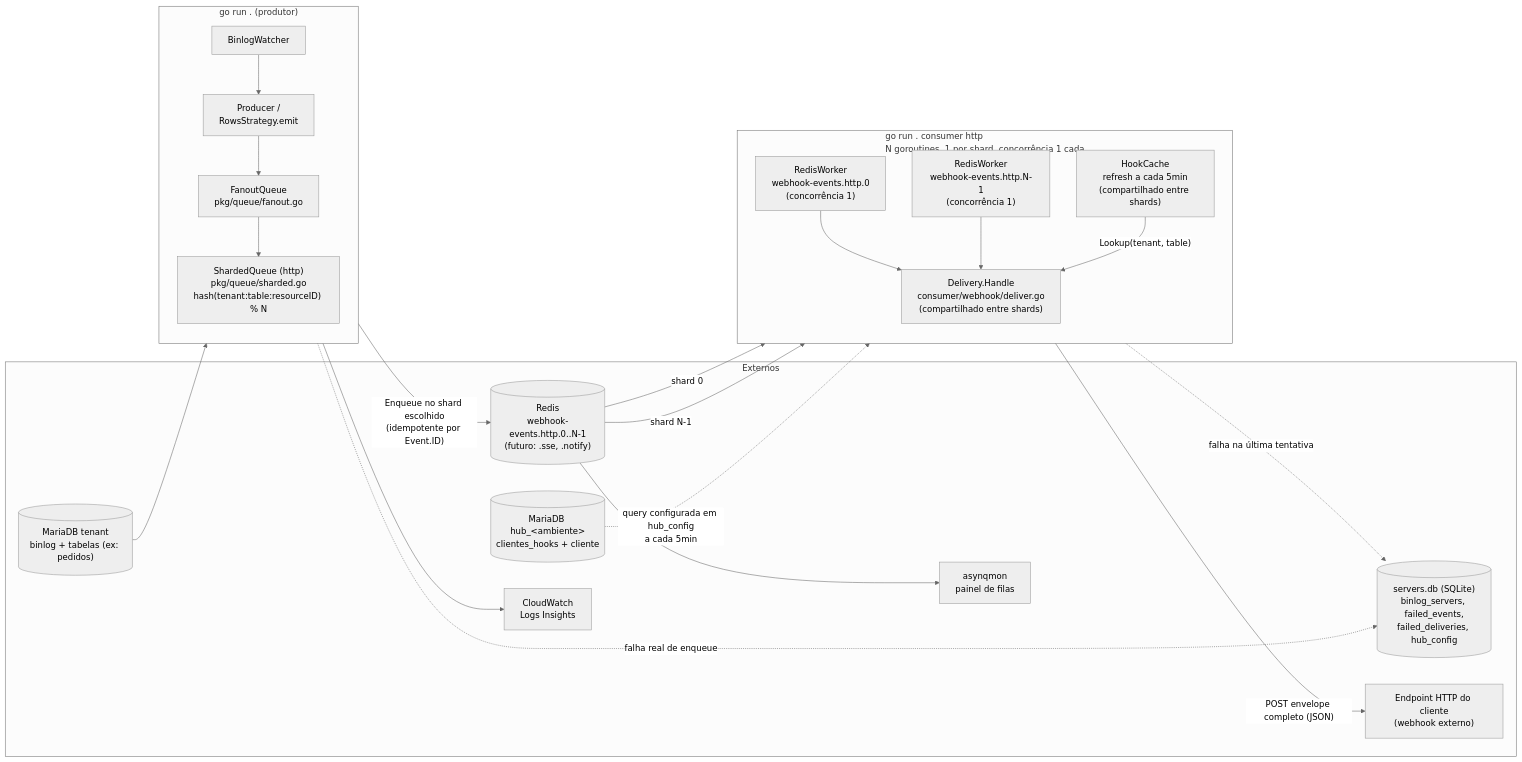
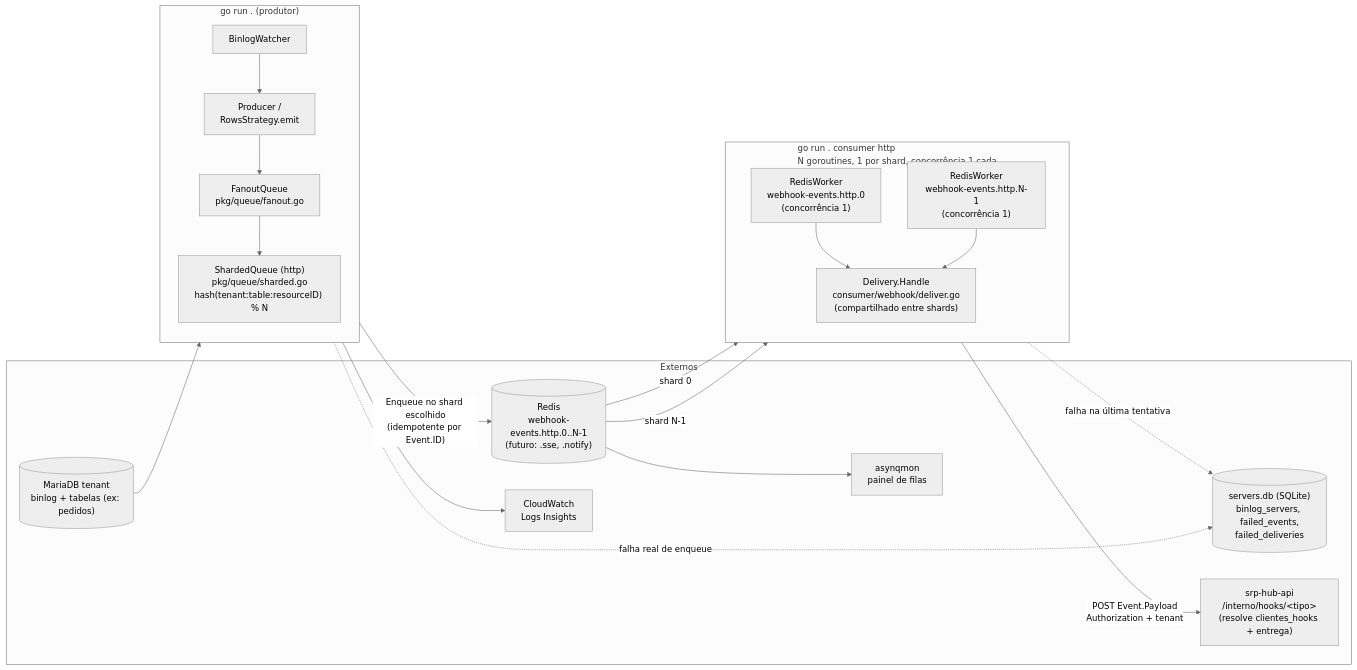
One commit to AlisonSimiao/webhook-watcher changed the diagram in README.md. Above: the diagram before and after it, drawn with Mermaid (neutral theme). The commit also changed other lines of this file and 13 other files, not shown here.

First line of the commit message:
Refactor webhook consumer and remove hub command

````diff
--- a/README.md
+++ b/README.md
@@ -66,40 +66,36 @@
 ```mermaid
 flowchart LR
     subgraph Ext["Externos"]
         MDB[("MariaDB tenant<br/>binlog + tabelas (ex: pedidos)")]
-        SQLITE[("servers.db (SQLite)<br/>binlog_servers, failed_events,<br/>failed_deliveries, hub_config")]
+        SQLITE[("servers.db (SQLite)<br/>binlog_servers, failed_events,<br/>failed_deliveries")]
         REDIS[("Redis<br/>webhook-events.http.0..N-1<br/>(futuro: .sse, .notify)")]
         ASYNQMON["asynqmon<br/>painel de filas"]
-        HUBDB[("MariaDB hub_&lt;ambiente&gt;<br/>clientes_hooks + cliente")]
-        DEST["Endpoint HTTP do cliente<br/>(webhook externo)"]
+        SRPAPI["srp-hub-api<br/>/interno/hooks/&lt;tipo&gt;<br/>(resolve clientes_hooks + entrega)"]
         CLOUD["CloudWatch<br/>Logs Insights"]
     end
 
     subgraph Producer["go run . (produtor)"]
         direction TB
         BW["BinlogWatcher"]
         PROD["Producer /<br/>RowsStrategy.emit"]
         FANOUT["FanoutQueue<br/>pkg/queue/fanout.go"]
         SHARD["ShardedQueue (http)<br/>pkg/queue/sharded.go<br/>hash(tenant:table:resourceID) % N"]
     end
 
     subgraph ConsumerHTTP["go run . consumer http<br/>N goroutines, 1 por shard, concorrência 1 cada"]
         direction TB
         WORKER0["RedisWorker<br/>webhook-events.http.0<br/>(concorrência 1)"]
         WORKERN["RedisWorker<br/>webhook-events.http.N-1<br/>(concorrência 1)"]
         DELIVERY["Delivery.Handle<br/>consumer/webhook/deliver.go<br/>(compartilhado entre shards)"]
-        CACHE["HookCache<br/>refresh a cada 5min<br/>(compartilhado entre shards)"]
     end
 
     MDB --> BW --> PROD --> FANOUT --> SHARD
     SHARD -->|"Enqueue no shard escolhido<br/>(idempotente por Event.ID)"| REDIS
     FANOUT -.->|"falha real de enqueue"| SQLITE
     REDIS --> ASYNQMON
     REDIS -->|"shard 0"| WORKER0 --> DELIVERY
     REDIS -->|"shard N-1"| WORKERN --> DELIVERY
-    HUBDB -.->|"query configurada em hub_config<br/>a cada 5min"| CACHE
-    CACHE -->|"Lookup(tenant, table)"| DELIVERY
-    DELIVERY -->|"POST envelope completo (JSON)"| DEST
+    DELIVERY -->|"POST Event.Payload<br/>Authorization + tenant"| SRPAPI
     DELIVERY -.->|"falha na última tentativa"| SQLITE
     PROD --> CLOUD
 ```
````
